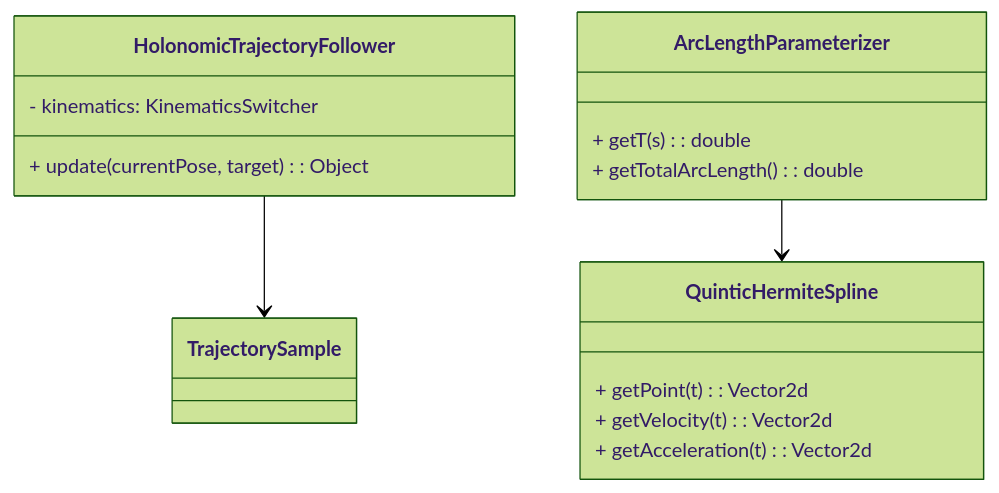
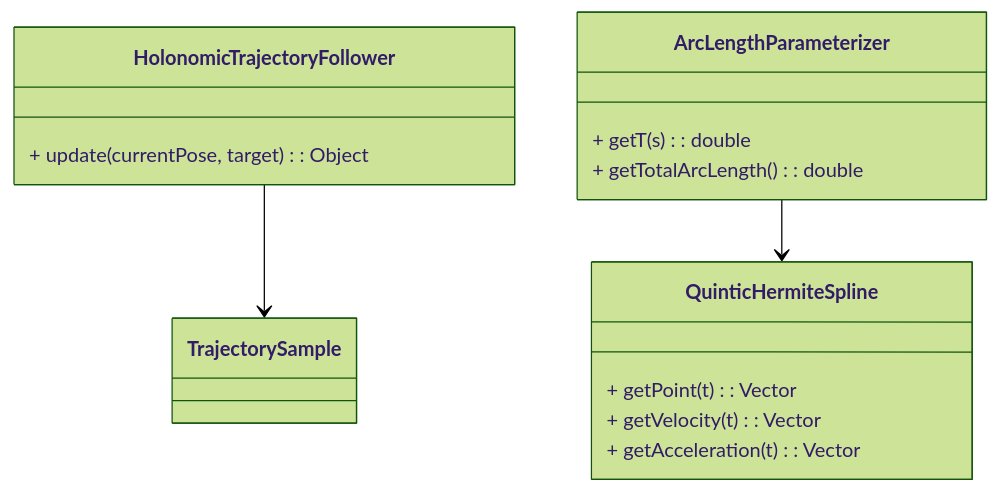
Before and after one commit to Supposeduck30/MooseX: the fifth of 5 diagrams in ARCHITECTURE.md, drawn with Mermaid (forest theme). The commit also changed other lines of this file and 23 other files, not shown here.

````diff
--- a/ARCHITECTURE.md
+++ b/ARCHITECTURE.md
@@ -134,19 +133,18 @@
 ```mermaid
 classDiagram
     class HolonomicTrajectoryFollower {
-        - kinematics: KinematicsSwitcher
         + update(currentPose, target): Object
     }
     class QuinticHermiteSpline {
-        + getPoint(t): Vector2d
-        + getVelocity(t): Vector2d
-        + getAcceleration(t): Vector2d
+        + getPoint(t): Vector
+        + getVelocity(t): Vector
+        + getAcceleration(t): Vector
     }
     class ArcLengthParameterizer {
         + getT(s): double
         + getTotalArcLength(): double
     }
 
     HolonomicTrajectoryFollower --> TrajectorySample
     ArcLengthParameterizer --> QuinticHermiteSpline
 ```
````
